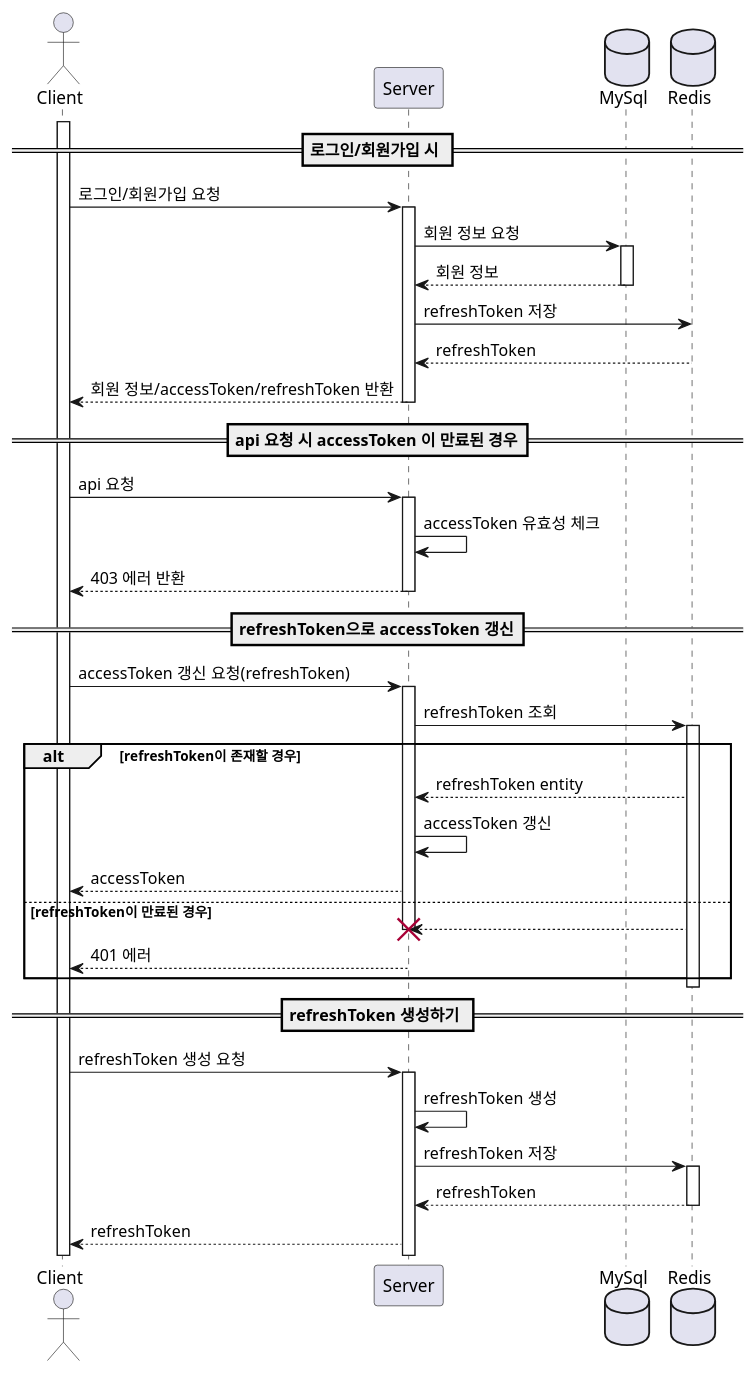
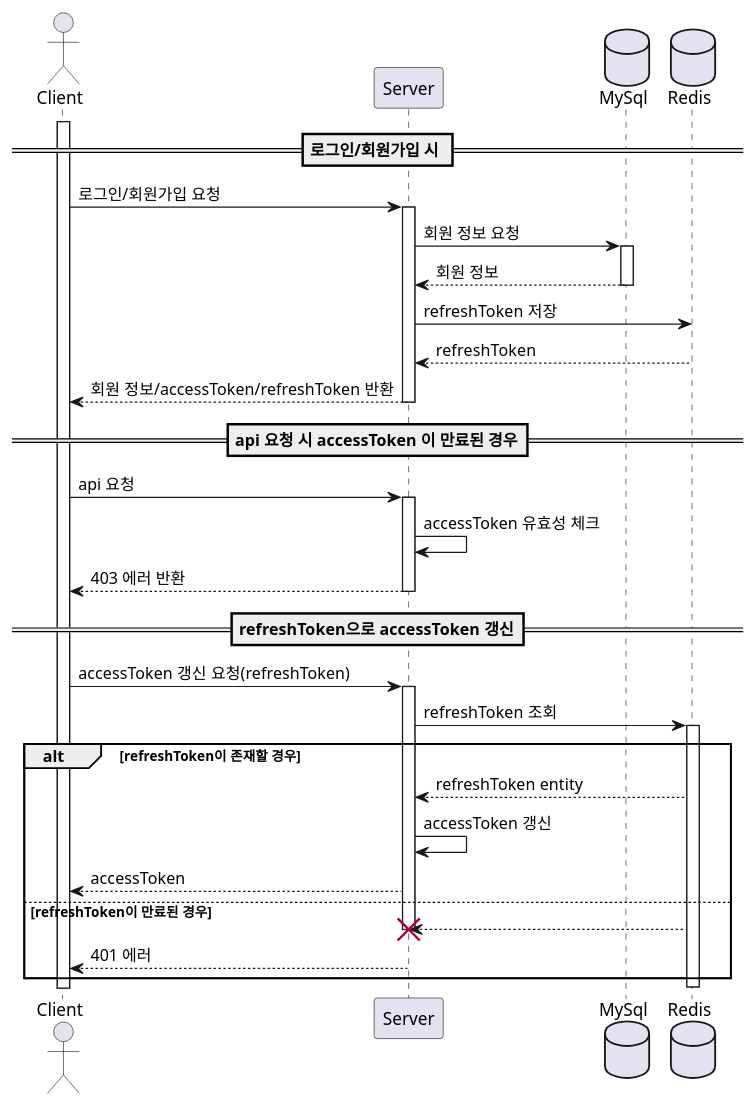
One commit to swm-standard/phote-server changed the diagram in document/refreshToken sequence.puml. Above: the diagram before and after it, drawn with PlantUML.

Commit message:
Chore: sequence diagram 수정
part of swm-131
related to: #146

```diff
--- a/document/refreshToken sequence.puml
+++ b/document/refreshToken sequence.puml
@@ -1,53 +1,43 @@
 @startuml
 Actor Client
 Participant Server
 Database MySql
 Database Redis
 
 == 로그인/회원가입 시 ==
 activate Client
 Client -> Server: 로그인/회원가입 요청
 activate Server
 Server -> MySql: 회원 정보 요청
 activate MySql
 MySql --> Server: 회원 정보
 deactivate MySql
 Server -> Redis: refreshToken 저장
 Redis --> Server: refreshToken
 Server --> Client: 회원 정보/accessToken/refreshToken 반환
 deactivate Server
 
 == api 요청 시 accessToken 이 만료된 경우==
 Client -> Server: api 요청
 activate Server
 Server -> Server: accessToken 유효성 체크
 Server --> Client: 403 에러 반환
 deactivate Server
 
 == refreshToken으로 accessToken 갱신==
 Client -> Server:  accessToken 갱신 요청(refreshToken)
 activate Server
 Server -> Redis: refreshToken 조회
 activate Redis
 alt refreshToken이 존재할 경우
     Redis --> Server: refreshToken entity
     Server -> Server: accessToken 갱신
     Server --> Client: accessToken
 else refreshToken이 만료된 경우
     Redis --> Server!!:
     Server --> Client: 401 에러
     end
 
 deactivate Redis
 
-== refreshToken 생성하기 ==
-Client -> Server: refreshToken 생성 요청
-activate Server
-Server -> Server: refreshToken 생성
-Server -> Redis: refreshToken 저장
-activate Redis
-Redis --> Server: refreshToken
-deactivate Redis
-Server --> Client: refreshToken
-
 @enduml
```
